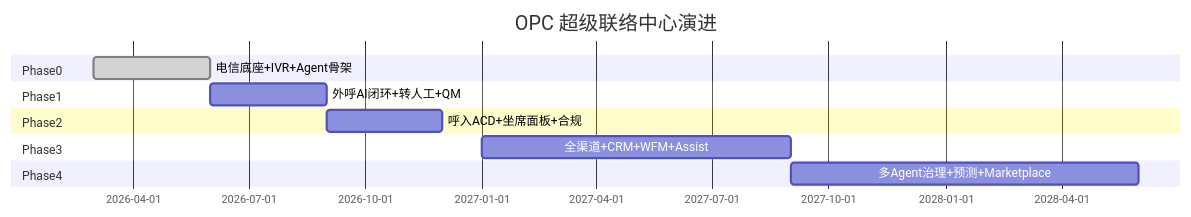
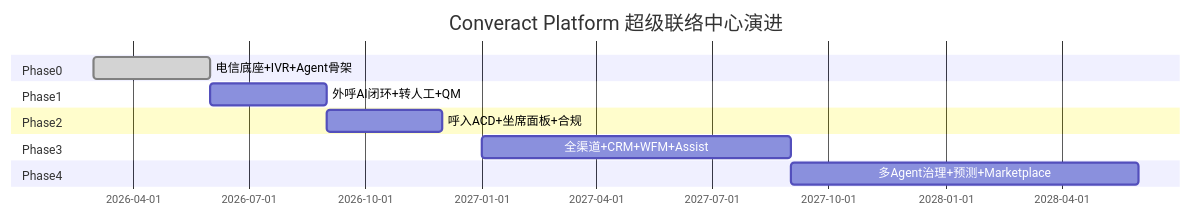
One commit to songgoldenwind-crypto/converact-platform changed diagram 16 of 16 in docs/design/super-contact-center-platform-vision.md. Above: the diagram before and after it, drawn with Mermaid. The commit also changed other lines of this file and 1807 other files, not shown here.

````diff
--- a/docs/design/super-contact-center-platform-vision.md
+++ b/docs/design/super-contact-center-platform-vision.md
@@ -1344,15 +1344,15 @@
 ```mermaid
 gantt
-    title OPC 超级联络中心演进
+    title Converact Platform 超级联络中心演进
     dateFormat YYYY-MM
     section Phase0
     电信底座+IVR+Agent骨架     :done, p0, 2026-03, 2026-06
     section Phase1
     外呼AI闭环+转人工+QM        :p1, 2026-06, 2026-09
     section Phase2
     呼入ACD+坐席面板+合规        :p2, 2026-09, 2026-12
     section Phase3
     全渠道+CRM+WFM+Assist       :p3, 2027-01, 2027-09
     section Phase4
     多Agent治理+预测+Marketplace  :p4, 2027-09, 2028-06
 ```
````
